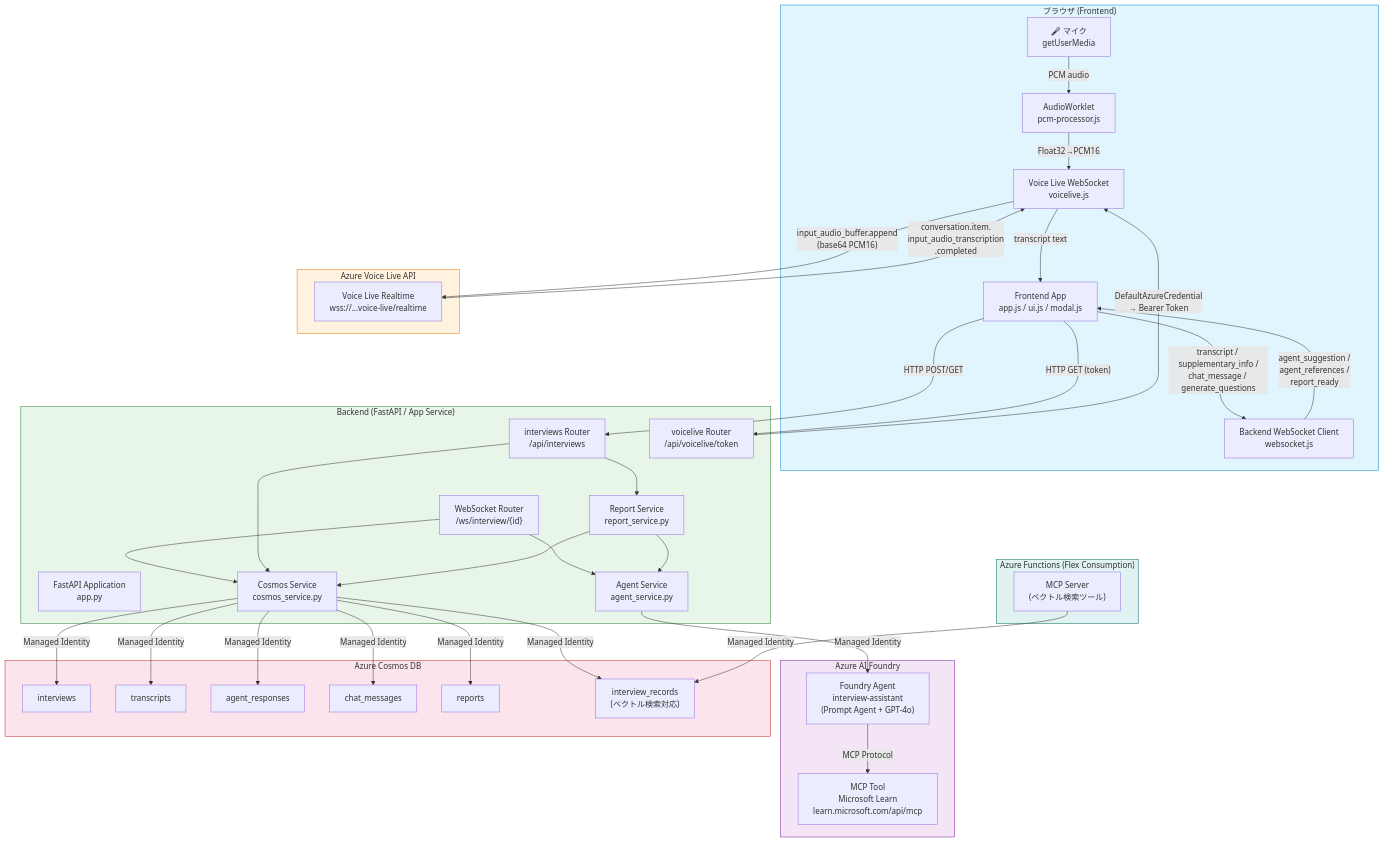
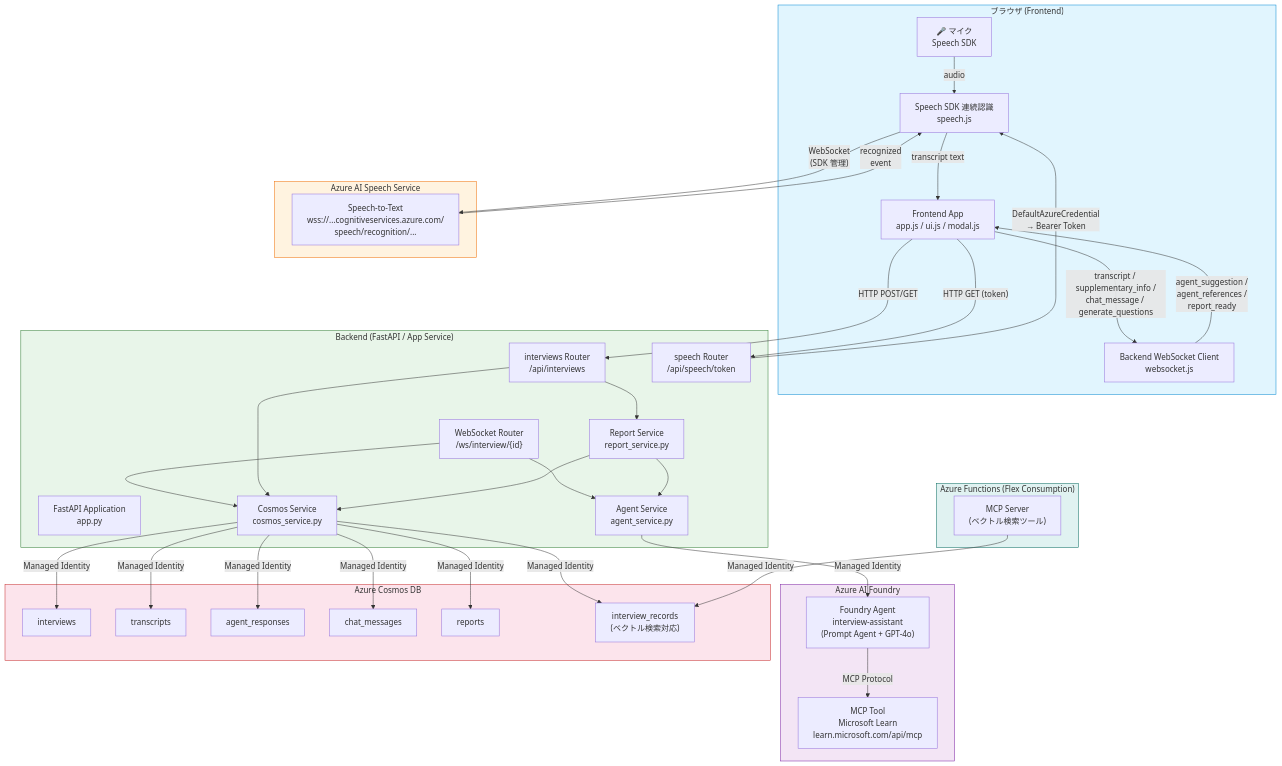
One commit to hatasaki/Interview-Assistant-AI changed the first of 22 diagrams in spec/architecture.md. Above: the diagram before and after it, drawn with Mermaid. The commit also changed other lines of this file and 12 other files, not shown here.

Commit message:
Refactor architecture to integrate Azure Speech SDK for transcription

````diff
--- a/spec/architecture.md
+++ b/spec/architecture.md
@@ -9,80 +9,78 @@
 ```mermaid
 graph TB
     subgraph Browser["ブラウザ (Frontend)"]
-        MIC["🎤 マイク<br/>getUserMedia"]
-        AW["AudioWorklet<br/>pcm-processor.js"]
-        VL_WS["Voice Live WebSocket<br/>voicelive.js"]
+        MIC["🎤 マイク<br/>Speech SDK"]
+        SPEECH_JS["Speech SDK 連続認識<br/>speech.js"]
         FE["Frontend App<br/>app.js / ui.js / modal.js"]
         BE_WS["Backend WebSocket Client<br/>websocket.js"]
     end
 
-    subgraph Azure_VoiceLive["Azure Voice Live API"]
-        VL_API["Voice Live Realtime<br/>wss://...voice-live/realtime"]
+    subgraph Azure_Speech["Azure AI Speech Service"]
+        SPEECH_API["Speech-to-Text<br/>wss://...cognitiveservices.azure.com/<br/>speech/recognition/..."]
     end
 
     subgraph Backend["Backend (FastAPI / App Service)"]
         APP["FastAPI Application<br/>app.py"]
         R_INT["interviews Router<br/>/api/interviews"]
-        R_VL["voicelive Router<br/>/api/voicelive/token"]
+        R_SP["speech Router<br/>/api/speech/token"]
         R_WS["WebSocket Router<br/>/ws/interview/{id}"]
         AGT_SVC["Agent Service<br/>agent_service.py"]
         COS_SVC["Cosmos Service<br/>cosmos_service.py"]
         RPT_SVC["Report Service<br/>report_service.py"]
     end
 
     subgraph Azure_AI["Azure AI Foundry"]
         AGENT["Foundry Agent<br/>interview-assistant<br/>(Prompt Agent + GPT-4o)"]
         MCP["MCP Tool<br/>Microsoft Learn<br/>learn.microsoft.com/api/mcp"]
     end
 
     subgraph Azure_Cosmos["Azure Cosmos DB"]
         DB_INT["interviews"]
         DB_TR["transcripts"]
         DB_AR["agent_responses"]
         DB_CM["chat_messages"]
         DB_RP["reports"]
         DB_IR["interview_records<br/>(ベクトル検索対応)"]
     end
 
     subgraph Azure_Functions["Azure Functions (Flex Consumption)"]
         MCP_SRV["MCP Server<br/>(ベクトル検索ツール)"]
     end
 
-    MIC -->|"PCM audio"| AW
-    AW -->|"Float32→PCM16"| VL_WS
-    VL_WS -->|"input_audio_buffer.append<br/>(base64 PCM16)"| VL_API
-    VL_API -->|"conversation.item.<br/>input_audio_transcription<br/>.completed"| VL_WS
-    VL_WS -->|"transcript text"| FE
+    MIC -->|"audio"| SPEECH_JS
+    SPEECH_JS -->|"WebSocket<br/>(SDK 管理)"| SPEECH_API
+    SPEECH_API -->|"recognized<br/>event"| SPEECH_JS
+    SPEECH_JS -->|"transcript text"| FE
 
     FE -->|"transcript / supplementary_info /<br/>chat_message / generate_questions"| BE_WS
     BE_WS -->|"agent_suggestion /<br/>agent_references /<br/>report_ready"| FE
 
     FE -->|"HTTP POST/GET"| R_INT
-    FE -->|"HTTP GET (token)"| R_VL
+    FE -->|"HTTP GET (token)"| R_SP
 
-    R_VL -->|"DefaultAzureCredential<br/>→ Bearer Token"| VL_WS
+    R_SP -->|"DefaultAzureCredential<br/>→ Bearer Token"| SPEECH_JS
 
     R_WS --> AGT_SVC
     R_WS --> COS_SVC
     R_INT --> COS_SVC
     R_INT --> RPT_SVC
     RPT_SVC --> AGT_SVC
     RPT_SVC --> COS_SVC
 
     AGT_SVC -->|"Managed Identity"| AGENT
     AGENT -->|"MCP Protocol"| MCP
     COS_SVC -->|"Managed Identity"| DB_INT
     COS_SVC -->|"Managed Identity"| DB_TR
     COS_SVC -->|"Managed Identity"| DB_AR
     COS_SVC -->|"Managed Identity"| DB_CM
     COS_SVC -->|"Managed Identity"| DB_RP
     COS_SVC -->|"Managed Identity"| DB_IR
     MCP_SRV -->|"Managed Identity"| DB_IR
 
     style Browser fill:#e1f5fe,stroke:#0288d1
-    style Azure_VoiceLive fill:#fff3e0,stroke:#ef6c00
+    style Azure_Speech fill:#fff3e0,stroke:#ef6c00
     style Backend fill:#e8f5e9,stroke:#2e7d32
     style Azure_AI fill:#f3e5f5,stroke:#7b1fa2
     style Azure_Cosmos fill:#fce4ec,stroke:#c62828
     style Azure_Functions fill:#e0f2f1,stroke:#00695c
 ```
````
